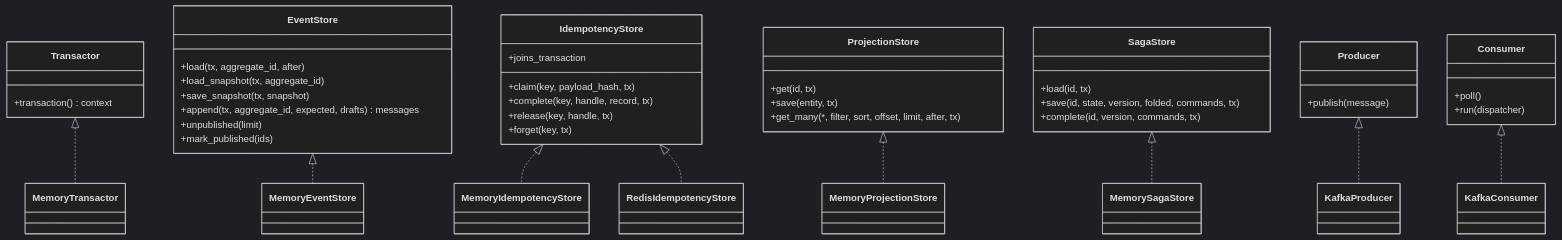
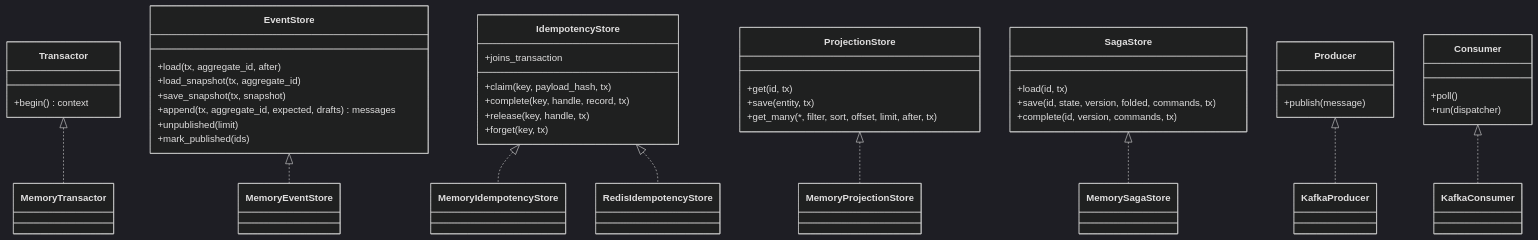
One commit to haskian/edax changed the second of 2 diagrams in docs/sdk/README.md. Above: the diagram before and after it, drawn with Mermaid (dark theme). The commit also changed 2 other files, not shown here.

Commit message:
docs: restore the query.json cells, add the producer's tenancy, rename transaction() to begin()

````diff
--- a/docs/sdk/README.md
+++ b/docs/sdk/README.md
@@ -51,46 +51,46 @@
 ```mermaid
 classDiagram
     class Transactor {
-        +transaction() context
+        +begin() context
     }
     class EventStore {
         +load(tx, aggregate_id, after)
         +load_snapshot(tx, aggregate_id)
         +save_snapshot(tx, snapshot)
         +append(tx, aggregate_id, expected, drafts) messages
         +unpublished(limit)
         +mark_published(ids)
     }
     class IdempotencyStore {
         +claim(key, payload_hash, tx)
         +complete(key, handle, record, tx)
         +release(key, handle, tx)
         +forget(key, tx)
         +joins_transaction
     }
     class ProjectionStore {
         +get(id, tx)
         +save(entity, tx)
         +get_many(*, filter, sort, offset, limit, after, tx)
     }
     class SagaStore {
         +load(id, tx)
         +save(id, state, version, folded, commands, tx)
         +complete(id, version, commands, tx)
     }
     class Producer {
         +publish(message)
     }
     class Consumer {
         +poll()
         +run(dispatcher)
     }
     Transactor <|.. MemoryTransactor
     EventStore <|.. MemoryEventStore
     IdempotencyStore <|.. MemoryIdempotencyStore
     IdempotencyStore <|.. RedisIdempotencyStore
     ProjectionStore <|.. MemoryProjectionStore
     SagaStore <|.. MemorySagaStore
     Producer <|.. KafkaProducer
     Consumer <|.. KafkaConsumer
 ```
````
